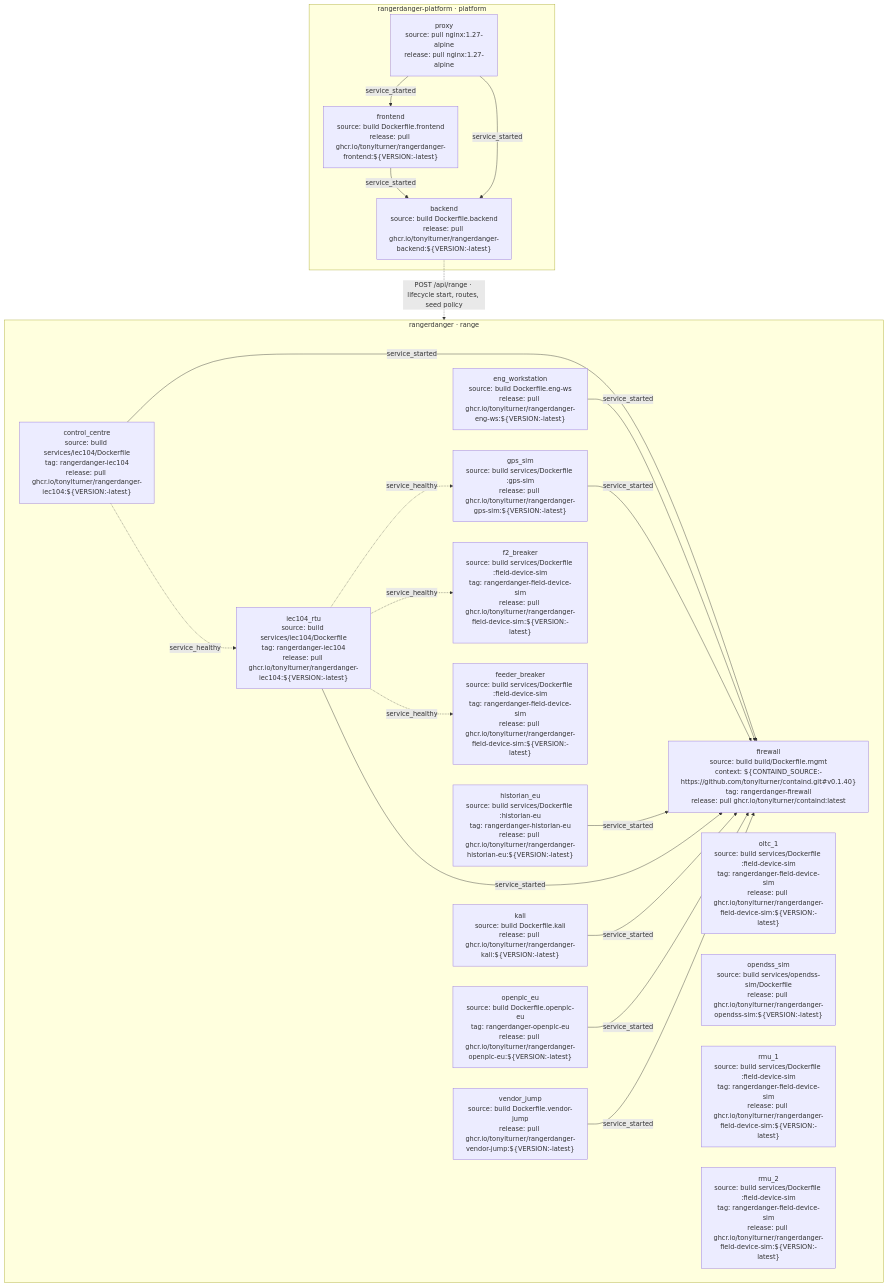
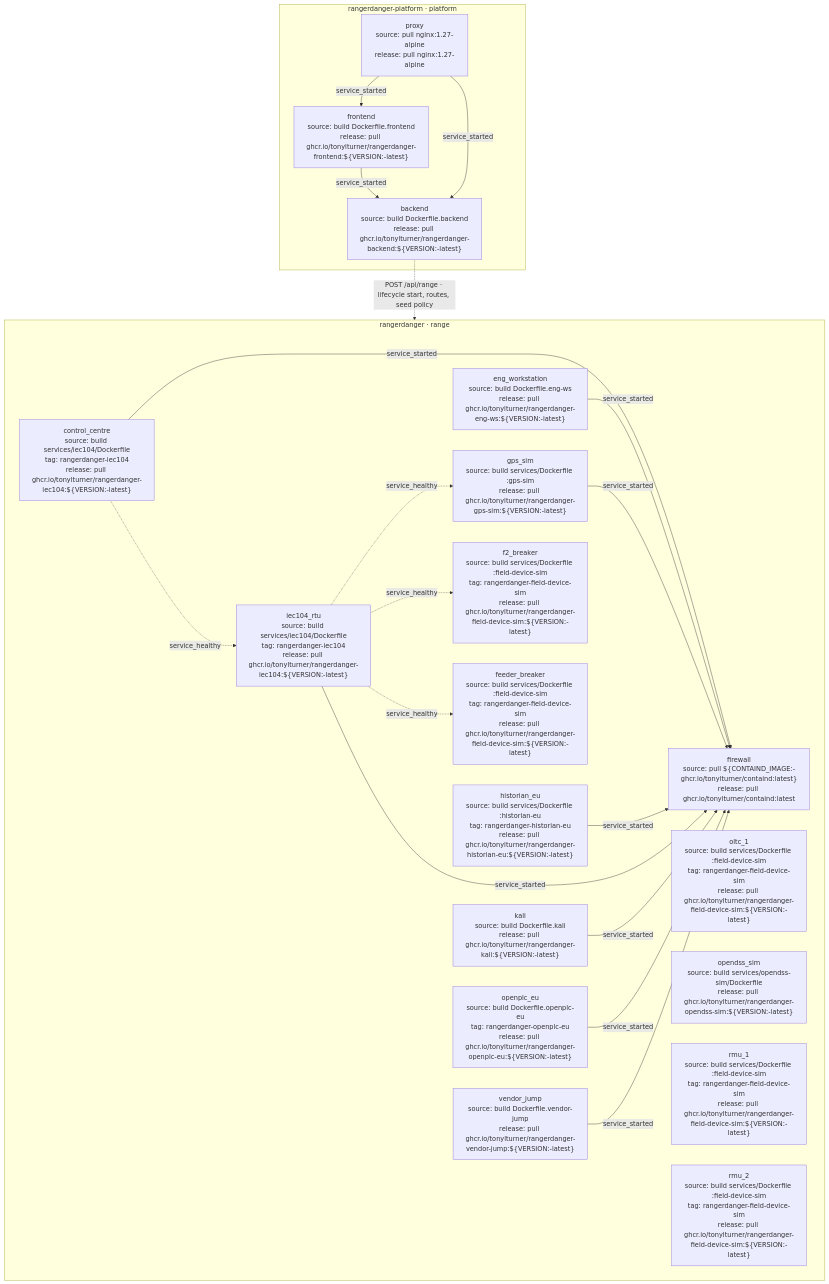
The second of 5 diagrams in docs/architecture-diagram.md (tonylturner/rangerdanger), drawn with Mermaid before and after one commit. The commit also changed other lines of this file and 28 other files, not shown here.

Commit message:
fix(containd): use published latest across install modes

````diff
--- a/docs/architecture-diagram.md
+++ b/docs/architecture-diagram.md
@@ -110,42 +110,42 @@
 ```mermaid
 flowchart TB
     subgraph n_eu_platform_fd8dd80811["rangerdanger-platform · platform"]
     n_eu_compose_backend_15fec7ecc7["backend<br/>source: build Dockerfile.backend<br/>release: pull ghcr.io/tonylturner/rangerdanger-backend:$#123;VERSION:-latest#125;"]
     n_eu_compose_frontend_3119788b25["frontend<br/>source: build Dockerfile.frontend<br/>release: pull ghcr.io/tonylturner/rangerdanger-frontend:$#123;VERSION:-latest#125;"]
     n_eu_compose_proxy_6dbc4a1028["proxy<br/>source: pull nginx:1.27-alpine<br/>release: pull nginx:1.27-alpine"]
     end
     n_eu_compose_frontend_3119788b25 -->|"service_started"| n_eu_compose_backend_15fec7ecc7
     n_eu_compose_proxy_6dbc4a1028 -->|"service_started"| n_eu_compose_backend_15fec7ecc7
     n_eu_compose_proxy_6dbc4a1028 -->|"service_started"| n_eu_compose_frontend_3119788b25
     subgraph n_eu_range_4e5f6bbc70["rangerdanger · range"]
     n_eu_compose_control_centre_4b800d8c10["control_centre<br/>source: build services/iec104/Dockerfile<br/>tag: rangerdanger-iec104<br/>release: pull ghcr.io/tonylturner/rangerdanger-iec104:$#123;VERSION:-latest#125;"]
     n_eu_compose_eng_workstation_2d3e74513d["eng_workstation<br/>source: build Dockerfile.eng-ws<br/>release: pull ghcr.io/tonylturner/rangerdanger-eng-ws:$#123;VERSION:-latest#125;"]
     n_eu_compose_f2_breaker_a576e4b257["f2_breaker<br/>source: build services/Dockerfile :field-device-sim<br/>tag: rangerdanger-field-device-sim<br/>release: pull ghcr.io/tonylturner/rangerdanger-field-device-sim:$#123;VERSION:-latest#125;"]
     n_eu_compose_feeder_breaker_7919f5a15f["feeder_breaker<br/>source: build services/Dockerfile :field-device-sim<br/>tag: rangerdanger-field-device-sim<br/>release: pull ghcr.io/tonylturner/rangerdanger-field-device-sim:$#123;VERSION:-latest#125;"]
-    n_eu_compose_firewall_9a9136ac1f["firewall<br/>source: build build/Dockerfile.mgmt<br/>context: $#123;CONTAIND_SOURCE:-https://github.com/tonylturner/containd.git#35;v0.1.40#125;<br/>tag: rangerdanger-firewall<br/>release: pull ghcr.io/tonylturner/containd:latest"]
+    n_eu_compose_firewall_9a9136ac1f["firewall<br/>source: pull $#123;CONTAIND_IMAGE:-ghcr.io/tonylturner/containd:latest#125;<br/>release: pull ghcr.io/tonylturner/containd:latest"]
     n_eu_compose_gps_sim_357317717a["gps_sim<br/>source: build services/Dockerfile :gps-sim<br/>release: pull ghcr.io/tonylturner/rangerdanger-gps-sim:$#123;VERSION:-latest#125;"]
     n_eu_compose_historian_eu_fdd66ce275["historian_eu<br/>source: build services/Dockerfile :historian-eu<br/>tag: rangerdanger-historian-eu<br/>release: pull ghcr.io/tonylturner/rangerdanger-historian-eu:$#123;VERSION:-latest#125;"]
     n_eu_compose_iec104_rtu_40cbbf549c["iec104_rtu<br/>source: build services/iec104/Dockerfile<br/>tag: rangerdanger-iec104<br/>release: pull ghcr.io/tonylturner/rangerdanger-iec104:$#123;VERSION:-latest#125;"]
     n_eu_compose_kali_cb199e11ae["kali<br/>source: build Dockerfile.kali<br/>release: pull ghcr.io/tonylturner/rangerdanger-kali:$#123;VERSION:-latest#125;"]
     n_eu_compose_oltc_1_be0f8efbee["oltc_1<br/>source: build services/Dockerfile :field-device-sim<br/>tag: rangerdanger-field-device-sim<br/>release: pull ghcr.io/tonylturner/rangerdanger-field-device-sim:$#123;VERSION:-latest#125;"]
     n_eu_compose_opendss_sim_4ddd9e0ab2["opendss_sim<br/>source: build services/opendss-sim/Dockerfile<br/>release: pull ghcr.io/tonylturner/rangerdanger-opendss-sim:$#123;VERSION:-latest#125;"]
     n_eu_compose_openplc_eu_b64c46df45["openplc_eu<br/>source: build Dockerfile.openplc-eu<br/>tag: rangerdanger-openplc-eu<br/>release: pull ghcr.io/tonylturner/rangerdanger-openplc-eu:$#123;VERSION:-latest#125;"]
     n_eu_compose_rmu_1_64eef69bd4["rmu_1<br/>source: build services/Dockerfile :field-device-sim<br/>tag: rangerdanger-field-device-sim<br/>release: pull ghcr.io/tonylturner/rangerdanger-field-device-sim:$#123;VERSION:-latest#125;"]
     n_eu_compose_rmu_2_0de5e31782["rmu_2<br/>source: build services/Dockerfile :field-device-sim<br/>tag: rangerdanger-field-device-sim<br/>release: pull ghcr.io/tonylturner/rangerdanger-field-device-sim:$#123;VERSION:-latest#125;"]
     n_eu_compose_vendor_jump_5f57da0a38["vendor_jump<br/>source: build Dockerfile.vendor-jump<br/>release: pull ghcr.io/tonylturner/rangerdanger-vendor-jump:$#123;VERSION:-latest#125;"]
     end
     n_eu_compose_control_centre_4b800d8c10 -->|"service_started"| n_eu_compose_firewall_9a9136ac1f
     n_eu_compose_control_centre_4b800d8c10 -.->|"service_healthy"| n_eu_compose_iec104_rtu_40cbbf549c
     n_eu_compose_eng_workstation_2d3e74513d -->|"service_started"| n_eu_compose_firewall_9a9136ac1f
     n_eu_compose_gps_sim_357317717a -->|"service_started"| n_eu_compose_firewall_9a9136ac1f
     n_eu_compose_historian_eu_fdd66ce275 -->|"service_started"| n_eu_compose_firewall_9a9136ac1f
     n_eu_compose_iec104_rtu_40cbbf549c -.->|"service_healthy"| n_eu_compose_f2_breaker_a576e4b257
     n_eu_compose_iec104_rtu_40cbbf549c -.->|"service_healthy"| n_eu_compose_feeder_breaker_7919f5a15f
     n_eu_compose_iec104_rtu_40cbbf549c -->|"service_started"| n_eu_compose_firewall_9a9136ac1f
     n_eu_compose_iec104_rtu_40cbbf549c -.->|"service_healthy"| n_eu_compose_gps_sim_357317717a
     n_eu_compose_kali_cb199e11ae -->|"service_started"| n_eu_compose_firewall_9a9136ac1f
     n_eu_compose_openplc_eu_b64c46df45 -->|"service_started"| n_eu_compose_firewall_9a9136ac1f
     n_eu_compose_vendor_jump_5f57da0a38 -->|"service_started"| n_eu_compose_firewall_9a9136ac1f
     %% source: backend/internal/lifecycle/transition.go:157
     n_eu_compose_backend_15fec7ecc7 -.->|"POST /api/range · lifecycle start, routes, seed policy"| n_eu_range_4e5f6bbc70
 ```
````
